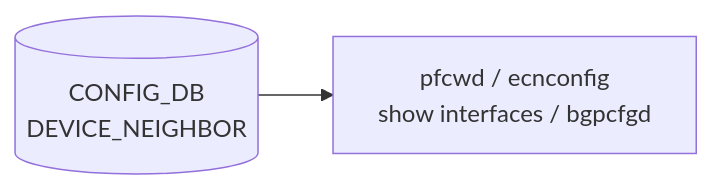
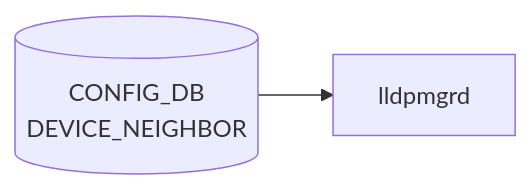
The diagram in docs/reference/config-db/deviceop-state.md (aoki-taquan/sonic-unofficial-docs), drawn with Mermaid before and after one commit. The commit also changed other lines of this file and 359 other files, not shown here.

````diff
--- a/docs/reference/config-db/deviceop-state.md
+++ b/docs/reference/config-db/deviceop-state.md
@@ -44,6 +44,6 @@
 ```mermaid
 flowchart LR
   CDB[("CONFIG_DB<br/>DEVICE_NEIGHBOR")]
-  DM["pfcwd / ecnconfig<br/>show interfaces / bgpcfgd"]
+  DM["lldpmgrd"]
   CDB --> DM
 ```
````
